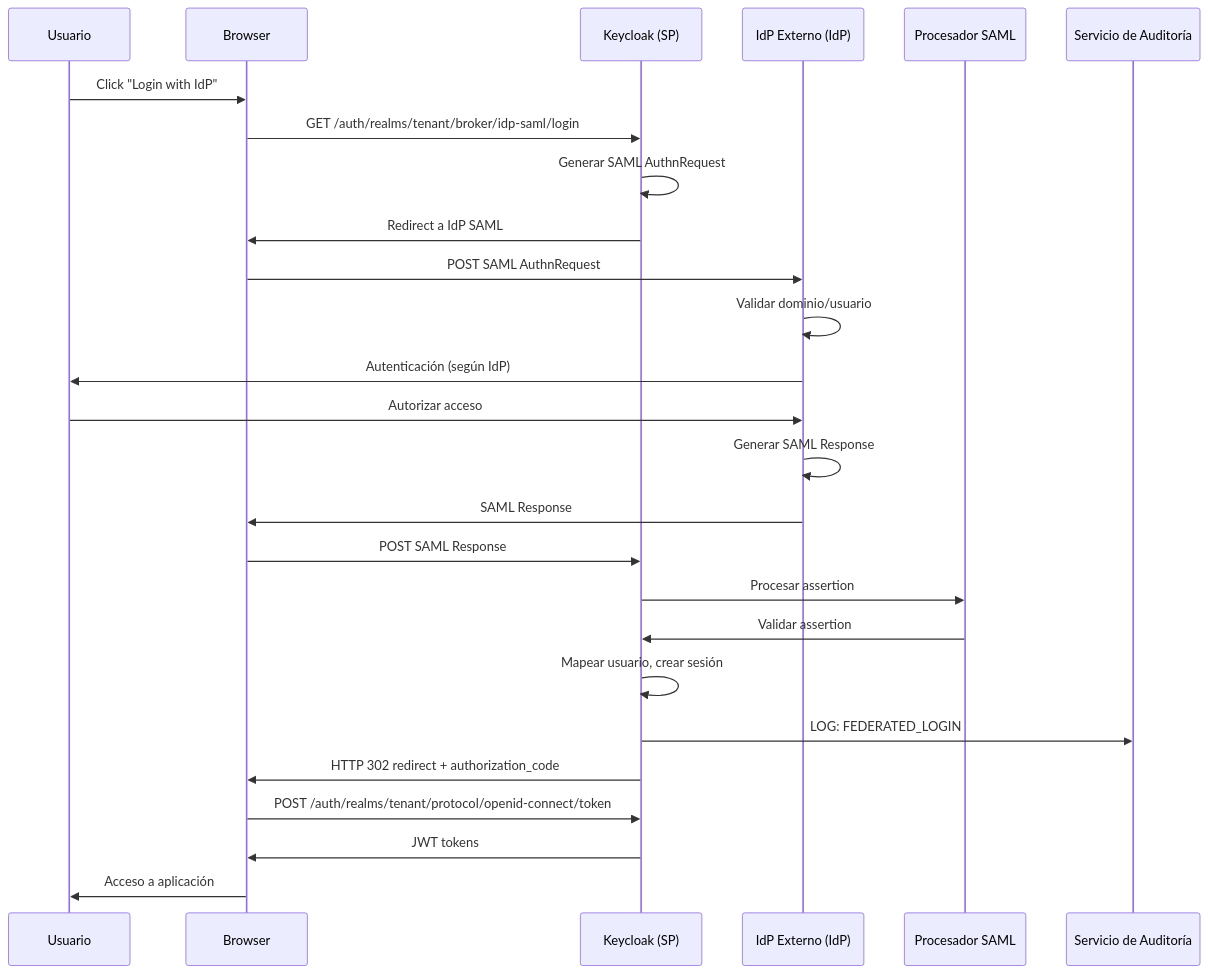
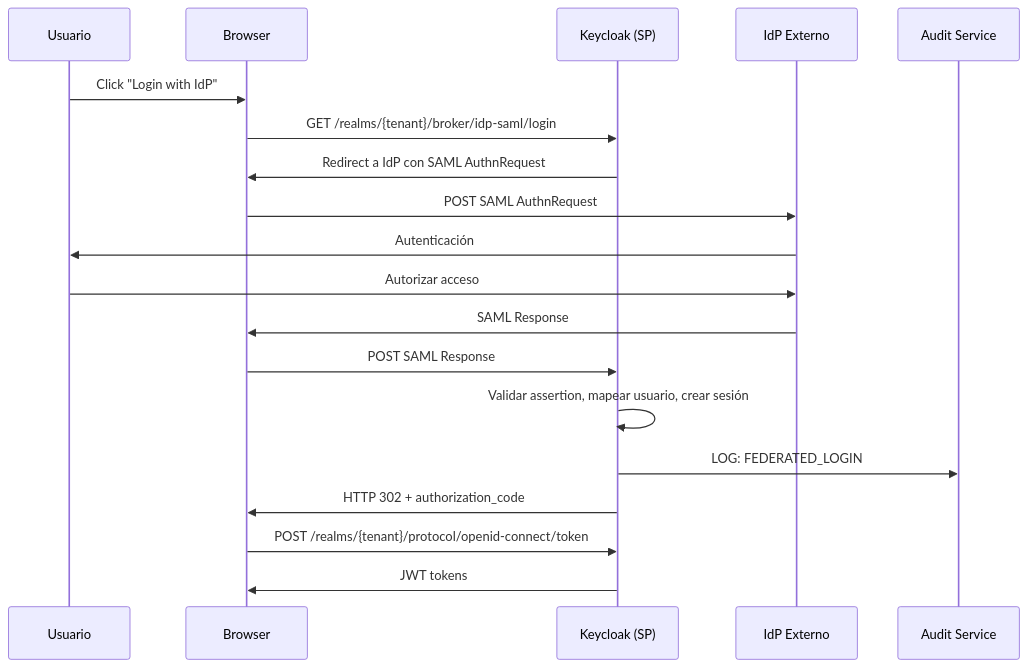
Before and after one commit to jclemente-tlm/tlm-doc-architecture: the second of 2 diagrams in docs/plataforma-corporativa/plataforma-de-integracion/identidad-y-accesos/06-vista-tiempo-ejecucion.md, drawn with Mermaid. The commit also changed other lines of this file and 11 other files, not shown here.

````diff
--- a/docs/plataforma-corporativa/plataforma-de-integracion/identidad-y-accesos/06-vista-tiempo-ejecucion.md
+++ b/docs/plataforma-corporativa/plataforma-de-integracion/identidad-y-accesos/06-vista-tiempo-ejecucion.md
@@ -120,28 +52,22 @@
 ```mermaid
 sequenceDiagram
     participant User as Usuario
     participant Browser as Browser
     participant KC as Keycloak (SP)
-    participant IdP as IdP Externo (IdP)
-    participant SAMLProc as Procesador SAML
-    participant AuditSvc as Servicio de Auditoría
+    participant IdP as IdP Externo
+    participant AuditSvc as Audit Service
+
     User->>Browser: Click "Login with IdP"
-    Browser->>KC: GET /auth/realms/tenant/broker/idp-saml/login
-    KC->>KC: Generar SAML AuthnRequest
-    KC->>Browser: Redirect a IdP SAML
+    Browser->>KC: GET /realms/{tenant}/broker/idp-saml/login
+    KC->>Browser: Redirect a IdP con SAML AuthnRequest
     Browser->>IdP: POST SAML AuthnRequest
-    IdP->>IdP: Validar dominio/usuario
-    IdP->>User: Autenticación (según IdP)
+    IdP->>User: Autenticación
     User->>IdP: Autorizar acceso
-    IdP->>IdP: Generar SAML Response
     IdP->>Browser: SAML Response
     Browser->>KC: POST SAML Response
-    KC->>SAMLProc: Procesar assertion
-    SAMLProc->>KC: Validar assertion
-    KC->>KC: Mapear usuario, crear sesión
+    KC->>KC: Validar assertion, mapear usuario, crear sesión
     KC->>AuditSvc: LOG: FEDERATED_LOGIN
-    KC->>Browser: HTTP 302 redirect + authorization_code
-    Browser->>KC: POST /auth/realms/tenant/protocol/openid-connect/token
+    KC->>Browser: HTTP 302 + authorization_code
+    Browser->>KC: POST /realms/{tenant}/protocol/openid-connect/token
     KC->>Browser: JWT tokens
-    Browser->>User: Acceso a aplicación
 ```
````
